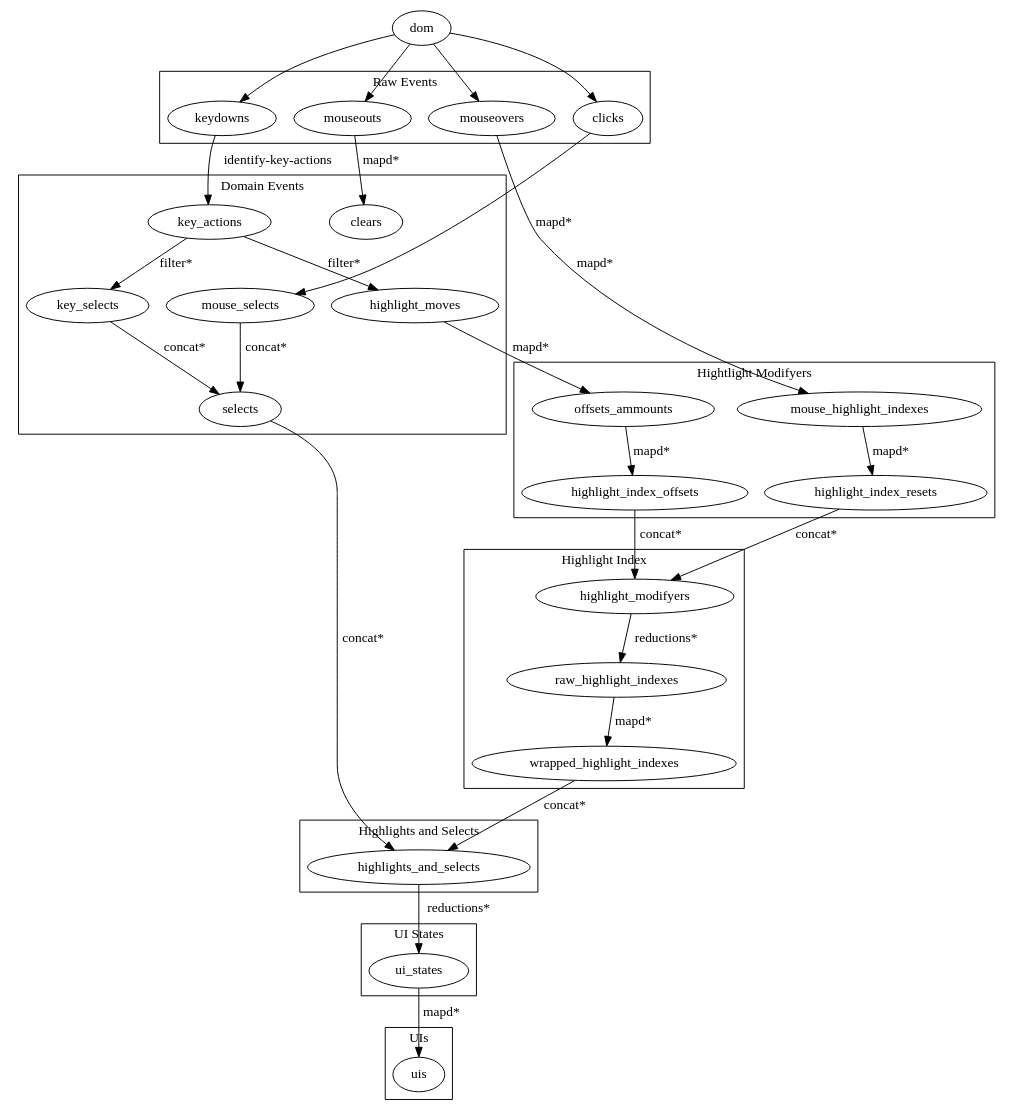
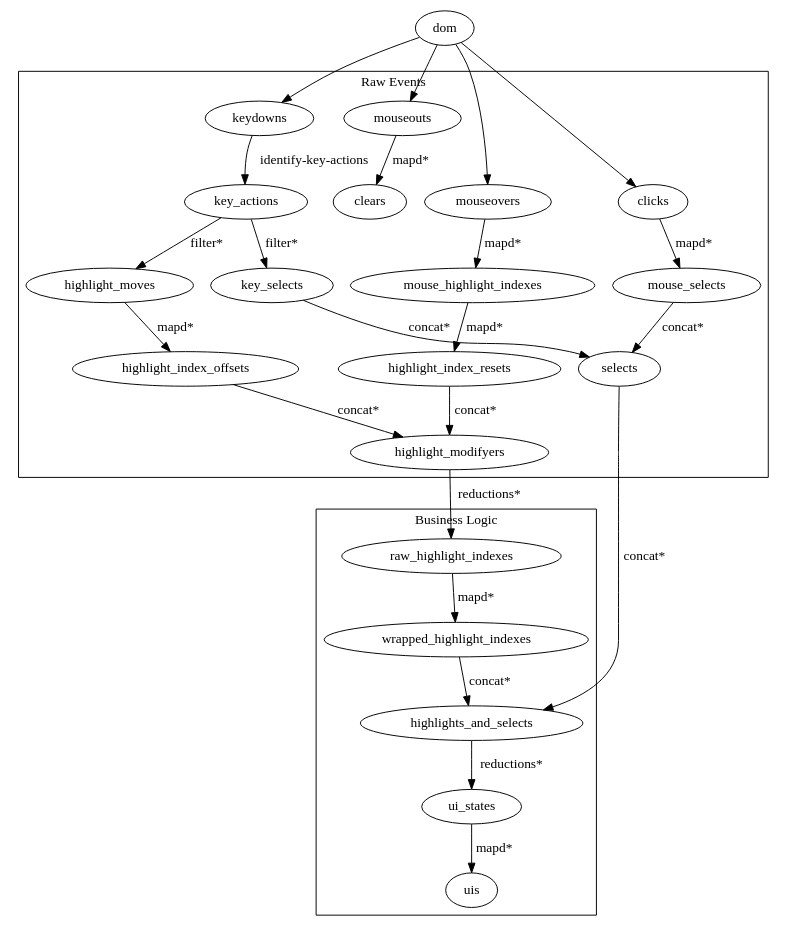
Before and after one commit to logaan/extracting-processes: the diagram in doc/data-flow-new.dot, drawn with Graphviz. The commit also changed 1 other file, not shown here.

```diff
--- a/doc/data-flow-new.dot
+++ b/doc/data-flow-new.dot
@@ -1,86 +1,60 @@
 digraph {
   subgraph cluster_raw_events {
     label = "Raw Events";
 
     keydowns
     mouseovers
     mouseouts
     clicks
-  }
-
-  subgraph cluster_identified_events {
-    label = "Domain Events";
 
     key_actions
     key_selects
     mouse_selects
+    clears
+    highlight_moves
+    mouse_highlight_indexes
     selects
-    highlight_moves
-    clears
+
+    highlight_index_offsets
+    highlight_index_resets
+    highlight_modifyers
   }
 
-  subgraph cluster_highlight_modifyers {
-    label = "Hightlight Modifyers";
-
-    offsets_ammounts
-    highlight_index_offsets
-    mouse_highlight_indexes
-    highlight_index_resets
-  }
-
-  subgraph cluster_highlight_index {
-    label = "Highlight Index";
-
-    highlight_modifyers
+  subgraph cluster_identified_events {
+    label = "Business Logic";
     raw_highlight_indexes
     wrapped_highlight_indexes
-  }
-
-  subgraph cluster_highlights_and_selects {
-    label = "Highlights and Selects";
-
     highlights_and_selects
-  }
-
-  subgraph cluster_ui_states {
-    label = "UI States";
-
     ui_states
-  }
-
-  subgraph cluster_rendered_uis {
-    label = "UIs";
-
     uis
   }
 
   dom                       -> keydowns
   dom                       -> mouseovers
   dom                       -> mouseouts
   dom                       -> clicks
 
   keydowns                  -> key_actions [label="identify-key-actions"]
   key_actions               -> key_selects [label="filter*"]
   clicks                    -> mouse_selects [label="mapd*"]
   key_selects               -> selects [label="concat*"]
   mouse_selects             -> selects [label="concat*"]
   key_actions               -> highlight_moves [label="filter*"]
   mouseouts                 -> clears [label="mapd*"]
 
-  highlight_moves           -> offsets_ammounts [label="mapd*"]
-  offsets_ammounts          -> highlight_index_offsets [label="mapd*"]
+  highlight_moves           -> highlight_index_offsets [label="mapd*"] 
   mouseovers                -> mouse_highlight_indexes [label="mapd*"]
   mouse_highlight_indexes   -> highlight_index_resets [label="mapd*"]
 
   highlight_index_offsets   -> highlight_modifyers [label="concat*"]
   highlight_index_resets    -> highlight_modifyers [label="concat*"]
   highlight_modifyers       -> raw_highlight_indexes [label="reductions*"]
   raw_highlight_indexes     -> wrapped_highlight_indexes [label="mapd*"]
 
   wrapped_highlight_indexes -> highlights_and_selects [label="concat*"]
   selects                   -> highlights_and_selects [label="concat*"]
 
   highlights_and_selects    -> ui_states [label="reductions*"]
 
   ui_states                 -> uis [label="mapd*"]
 }
```
